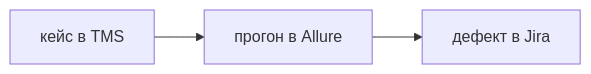
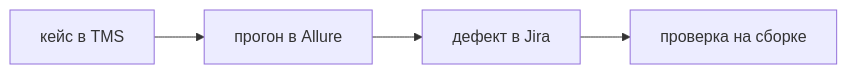
Before and after one commit to AlexanderNY/cursor_test: the diagram in nine-to-eighteen/ui/src/data/learn/qa/qa-reports-jira.md, drawn with Mermaid. The commit also changed other lines of this file and 40 other files, not shown here.

````diff
--- a/nine-to-eighteen/ui/src/data/learn/qa/qa-reports-jira.md
+++ b/nine-to-eighteen/ui/src/data/learn/qa/qa-reports-jira.md
@@ -54,5 +101,6 @@
 ```mermaid
 flowchart LR
   Case[кейс в TMS] --> Run[прогон в Allure]
   Run --> Bug[дефект в Jira]
+  Bug --> Build[проверка на сборке]
 ```
````
